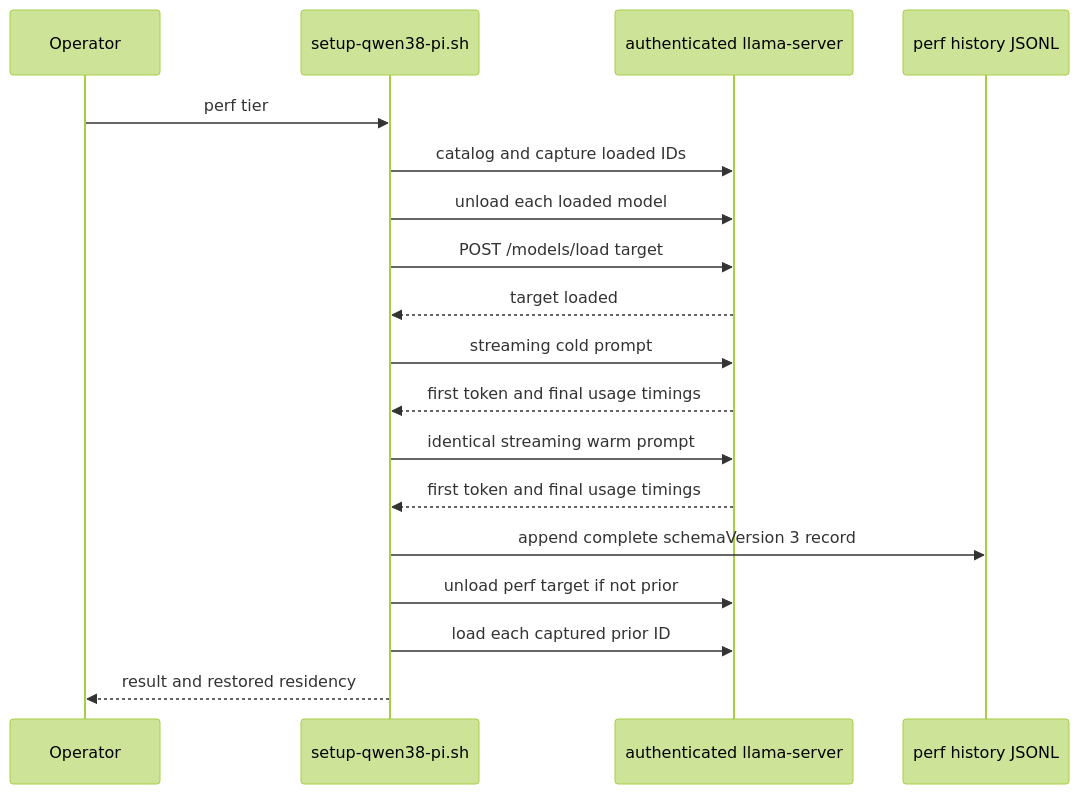
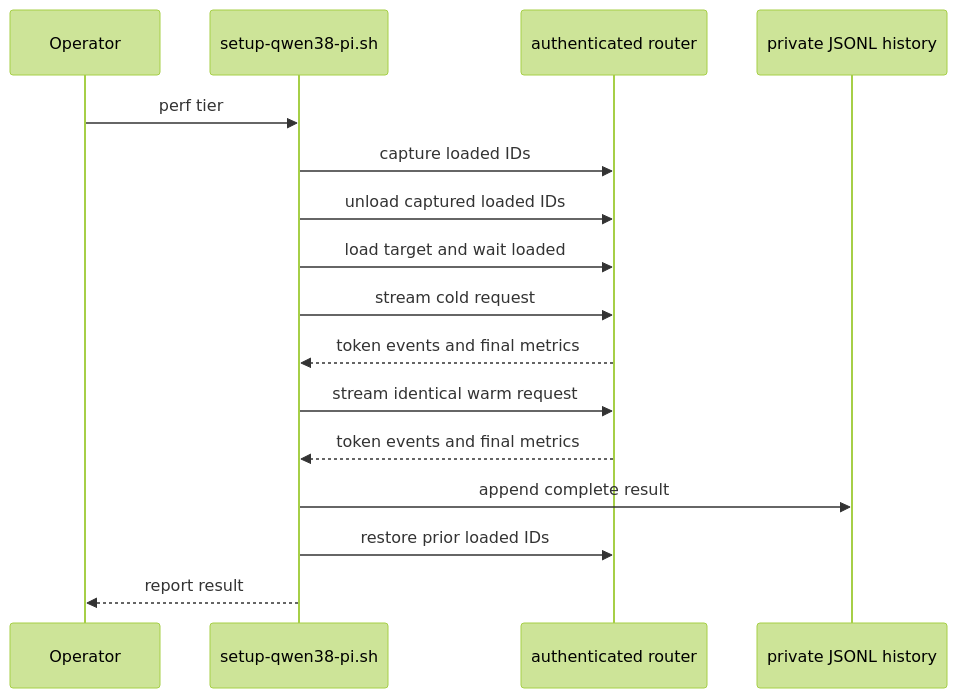
One commit to johnymontana/local-ai-setup changed the second of 2 diagrams in openwiki/operations/router-health-and-performance.md. Above: the diagram before and after it, drawn with Mermaid (forest theme). The commit also changed other lines of this file and 23 other files, not shown here.

````diff
--- a/openwiki/operations/router-health-and-performance.md
+++ b/openwiki/operations/router-health-and-performance.md
@@ -139,20 +126,18 @@
 ```mermaid
 sequenceDiagram
   participant Operator
   participant Engine as setup-qwen38-pi.sh
-  participant Router as authenticated llama-server
-  participant Storage as perf history JSONL
+  participant Router as authenticated router
+  participant History as private JSONL history
   Operator->>Engine: perf tier
-  Engine->>Router: catalog and capture loaded IDs
-  Engine->>Router: unload each loaded model
-  Engine->>Router: POST /models/load target
-  Router-->>Engine: target loaded
-  Engine->>Router: streaming cold prompt
-  Router-->>Engine: first token and final usage timings
-  Engine->>Router: identical streaming warm prompt
-  Router-->>Engine: first token and final usage timings
-  Engine->>Storage: append complete schemaVersion 3 record
-  Engine->>Router: unload perf target if not prior
-  Engine->>Router: load each captured prior ID
-  Engine-->>Operator: result and restored residency
+  Engine->>Router: capture loaded IDs
+  Engine->>Router: unload captured loaded IDs
+  Engine->>Router: load target and wait loaded
+  Engine->>Router: stream cold request
+  Router-->>Engine: token events and final metrics
+  Engine->>Router: stream identical warm request
+  Router-->>Engine: token events and final metrics
+  Engine->>History: append complete result
+  Engine->>Router: restore prior loaded IDs
+  Engine-->>Operator: report result
 ```
````
